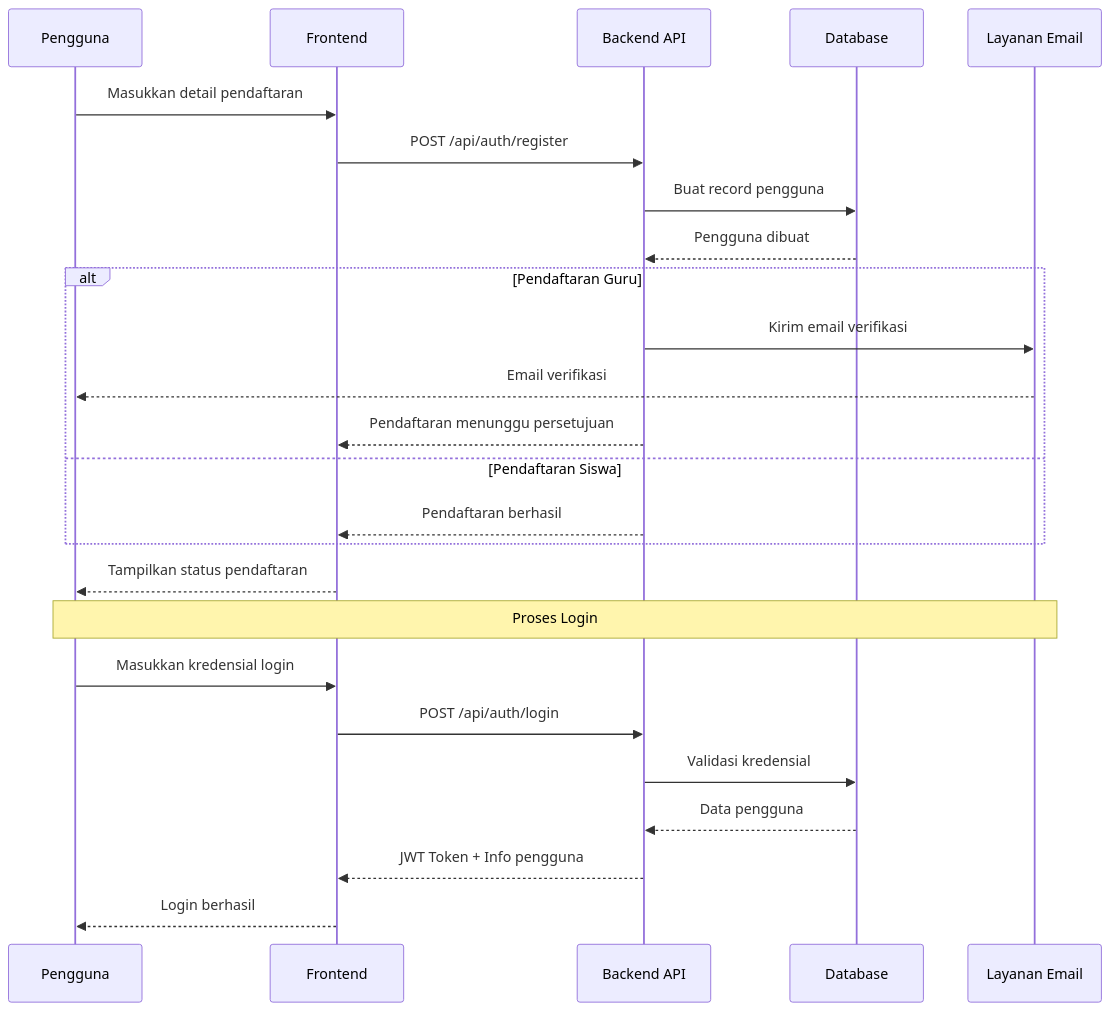
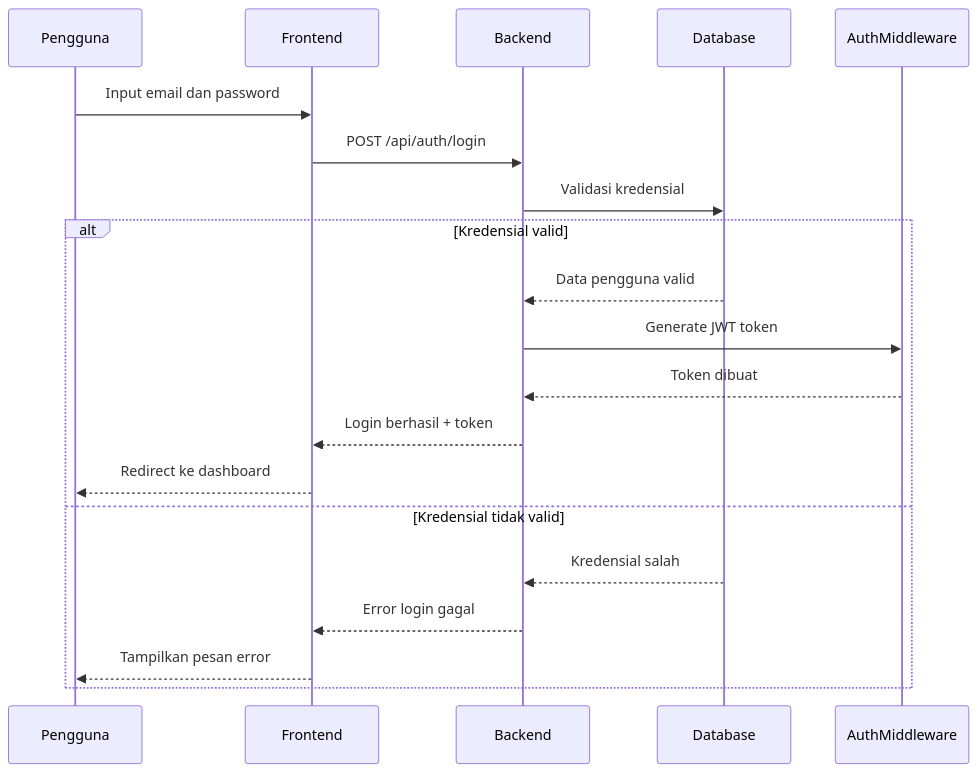
The second of 10 diagrams in sequence-diagrams.md (jonito2005/exam-expert-ai-docs), drawn with Mermaid before and after one commit. The commit also changed other lines of this file, not shown here.

````diff
--- a/sequence-diagrams.md
+++ b/sequence-diagrams.md
@@ -18,31 +33,23 @@
 ```mermaid
 sequenceDiagram
-    participant U as Pengguna
-    participant F as Frontend
-    participant API as Backend API
-    participant DB as Database
-    participant Email as Layanan Email
+    participant Pengguna
+    participant Frontend
+    participant Backend
+    participant Database
+    participant AuthMiddleware
 
-    U->>F: Masukkan detail pendaftaran
-    F->>API: POST /api/auth/register
-    API->>DB: Buat record pengguna
-    DB-->>API: Pengguna dibuat
-    
-    alt Pendaftaran Guru
-        API->>Email: Kirim email verifikasi
-        Email-->>U: Email verifikasi
-        API-->>F: Pendaftaran menunggu persetujuan
-    else Pendaftaran Siswa
-        API-->>F: Pendaftaran berhasil
+    Pengguna->>Frontend: Input email dan password
+    Frontend->>Backend: POST /api/auth/login
+    Backend->>Database: Validasi kredensial
+    alt Kredensial valid
+        Database-->>Backend: Data pengguna valid
+        Backend->>AuthMiddleware: Generate JWT token
+        AuthMiddleware-->>Backend: Token dibuat
+        Backend-->>Frontend: Login berhasil + token
+        Frontend-->>Pengguna: Redirect ke dashboard
+    else Kredensial tidak valid
+        Database-->>Backend: Kredensial salah
+        Backend-->>Frontend: Error login gagal
+        Frontend-->>Pengguna: Tampilkan pesan error
     end
-    
-    F-->>U: Tampilkan status pendaftaran
-
-    Note over U,Email: Proses Login
-    U->>F: Masukkan kredensial login
-    F->>API: POST /api/auth/login
-    API->>DB: Validasi kredensial
-    DB-->>API: Data pengguna
-    API-->>F: JWT Token + Info pengguna
-    F-->>U: Login berhasil
 ```
````
